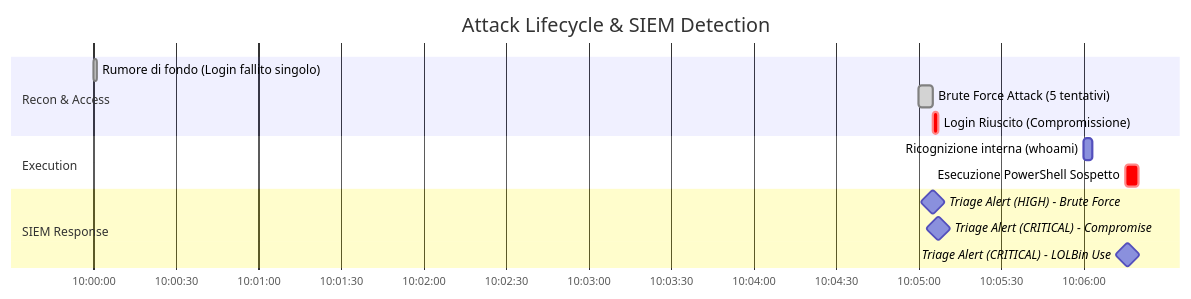
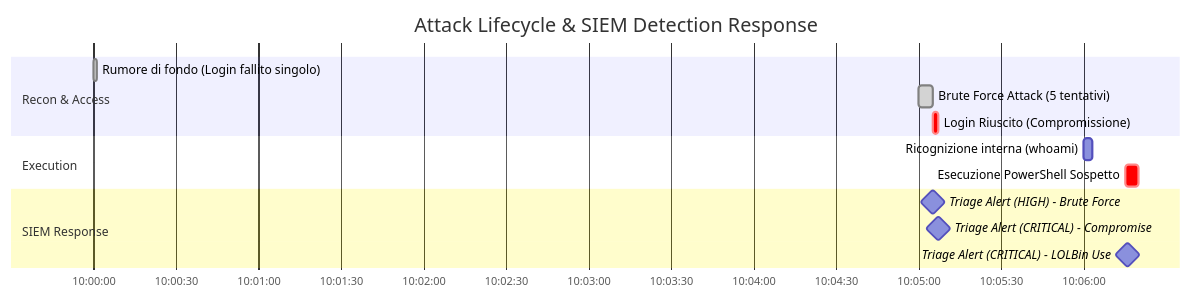
The third of 4 diagrams in docs/DETECTION_LOGIC.md (arhip4043-cell/Advanced-Python-SIEM), drawn with Mermaid before and after one commit. The commit also changed other lines of this file, not shown here.

````diff
--- a/docs/DETECTION_LOGIC.md
+++ b/docs/DETECTION_LOGIC.md
@@ -35,20 +71,20 @@
 ```mermaid
 gantt
-    title Attack Lifecycle & SIEM Detection
+    title Attack Lifecycle & SIEM Detection Response
     dateFormat  HH:mm:ss
     axisFormat  %H:%M:%S
 
     section Recon & Access
     Rumore di fondo (Login fallito singolo) :done, 10:00:00, 1s
     Brute Force Attack (5 tentativi)       :done, 10:05:00, 5s
     Login Riuscito (Compromissione)        :crit, 10:05:05, 2s
 
     section Execution
     Ricognizione interna (whoami)          :10:06:00, 3s
     Esecuzione PowerShell Sospetto         :crit, 10:06:15, 5s
 
     section SIEM Response
     Triage Alert (HIGH) - Brute Force      :milestone, 10:05:05, 0s
     Triage Alert (CRITICAL) - Compromise   :milestone, 10:05:07, 0s
     Triage Alert (CRITICAL) - LOLBin Use   :milestone, 10:06:16, 0s
 ```
````
